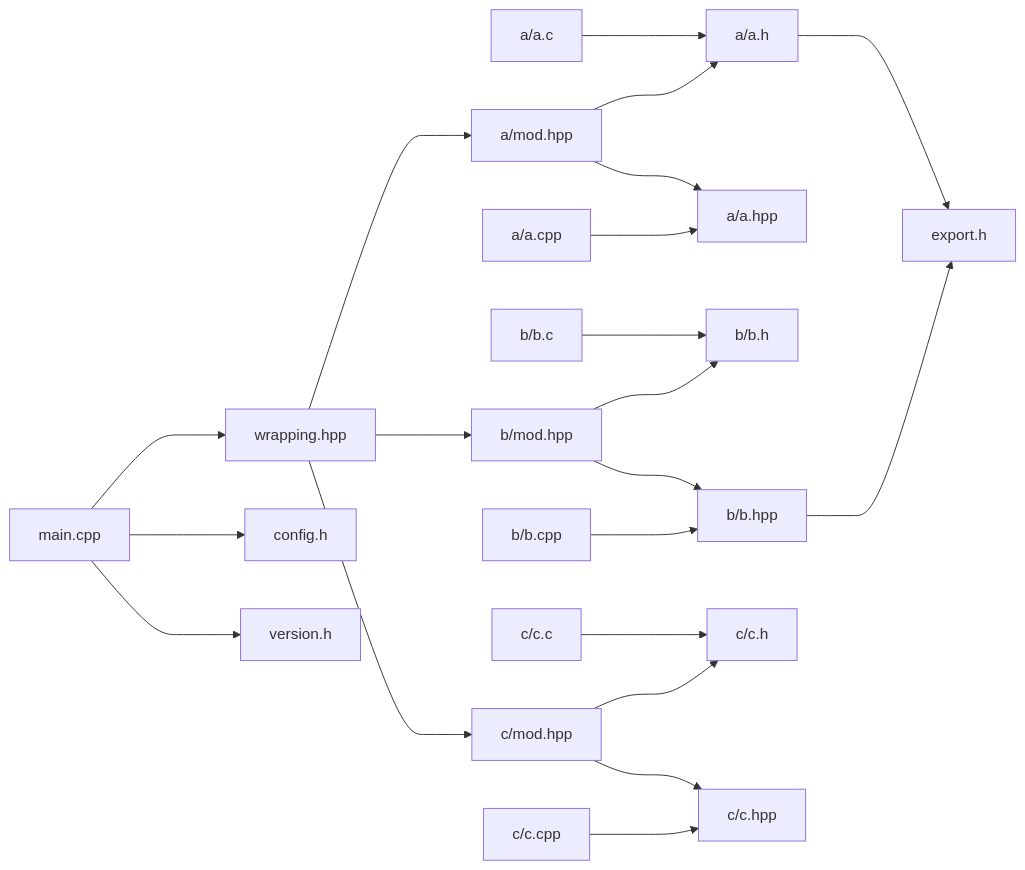
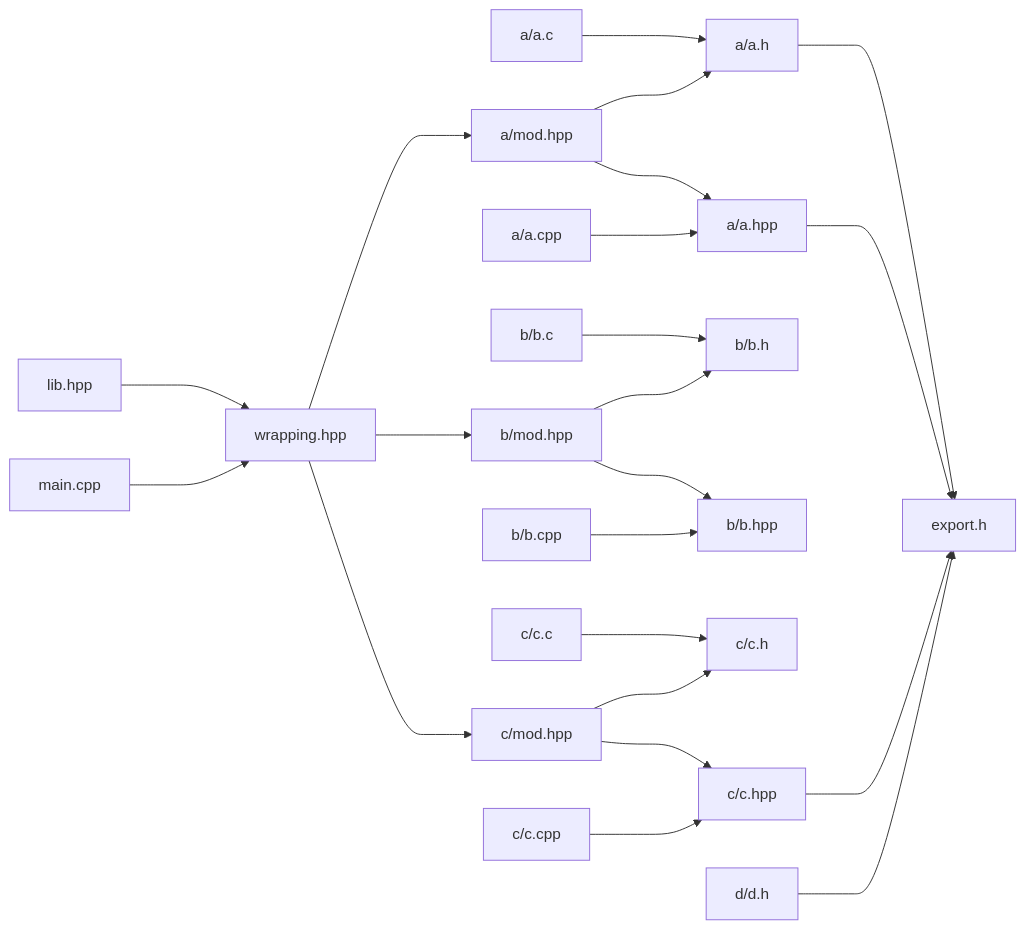
The diagram in test_c_cpp/flowchart.md (ascpkg/asc), drawn with Mermaid before and after one commit. The commit also changed 17 other files, not shown here.

````diff
--- a/test_c_cpp/flowchart.md
+++ b/test_c_cpp/flowchart.md
@@ -1,23 +1,24 @@
 ```mermaid
 flowchart LR;
     a/a.c ---> a/a.h;
     a/mod.hpp ---> a/a.h;
     a/a.cpp ---> a/a.hpp;
     a/mod.hpp ---> a/a.hpp;
     wrapping.hpp ---> a/mod.hpp;
     b/b.c ---> b/b.h;
     b/mod.hpp ---> b/b.h;
     b/b.cpp ---> b/b.hpp;
     b/mod.hpp ---> b/b.hpp;
     wrapping.hpp ---> b/mod.hpp;
     c/c.c ---> c/c.h;
     c/mod.hpp ---> c/c.h;
     c/c.cpp ---> c/c.hpp;
     c/mod.hpp ---> c/c.hpp;
     wrapping.hpp ---> c/mod.hpp;
     a/a.h ---> export.h;
-    b/b.hpp ---> export.h;
+    a/a.hpp ---> export.h;
+    c/c.hpp ---> export.h;
+    d/d.h ---> export.h;
+    lib.hpp ---> wrapping.hpp;
     main.cpp ---> wrapping.hpp;
-    main.cpp ---> config.h;
-    main.cpp ---> version.h;
 ```
````
